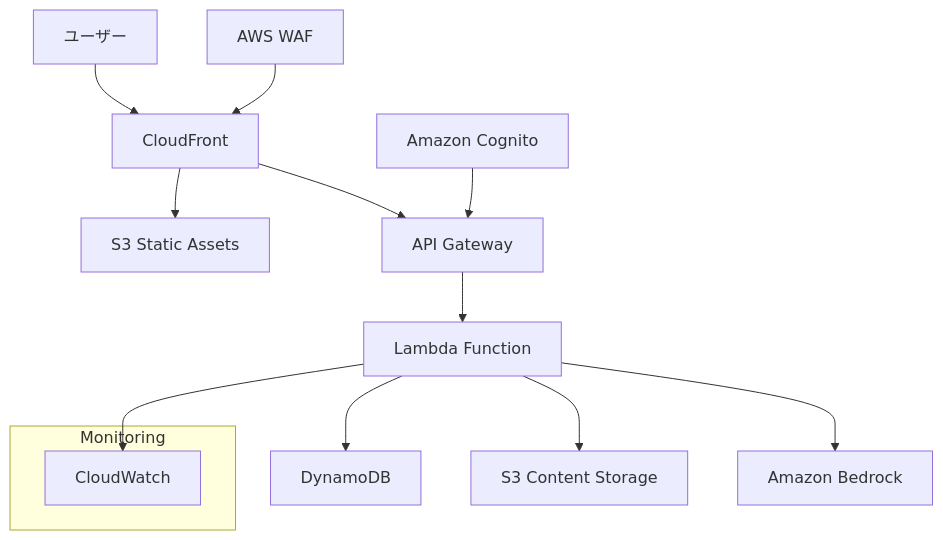
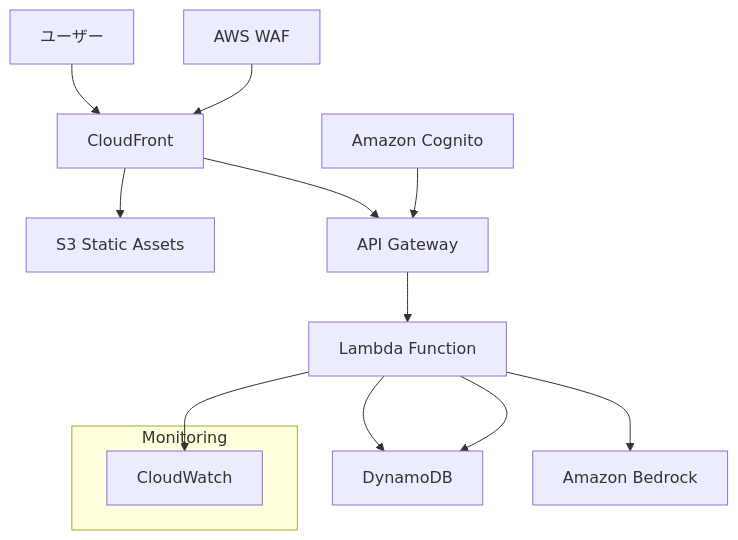
One commit to sodafloatlab/homebiyori changed the first of 2 diagrams in .kiro/specs/homebi-yori/design.md. Above: the diagram before and after it, drawn with Mermaid. The commit also changed other lines of this file and 48 other files, not shown here.

````diff
--- a/.kiro/specs/homebi-yori/design.md
+++ b/.kiro/specs/homebi-yori/design.md
@@ -11,21 +11,21 @@
 ```mermaid
 graph TB
     User[ユーザー] --> CF[CloudFront]
     CF --> S3Static[S3 Static Assets]
     CF --> APIGW[API Gateway]
     
     WAF[AWS WAF] --> CF
     
     Cognito[Amazon Cognito] --> APIGW
     APIGW --> Lambda[Lambda Function]
     
     Lambda --> DynamoDB[DynamoDB]
-    Lambda --> S3Content[S3 Content Storage]
+    Lambda --> DynamoDB
     Lambda --> Bedrock[Amazon Bedrock]
     
     subgraph "Monitoring"
         CloudWatch[CloudWatch]
     end
     
     Lambda --> CloudWatch
 ```
````
